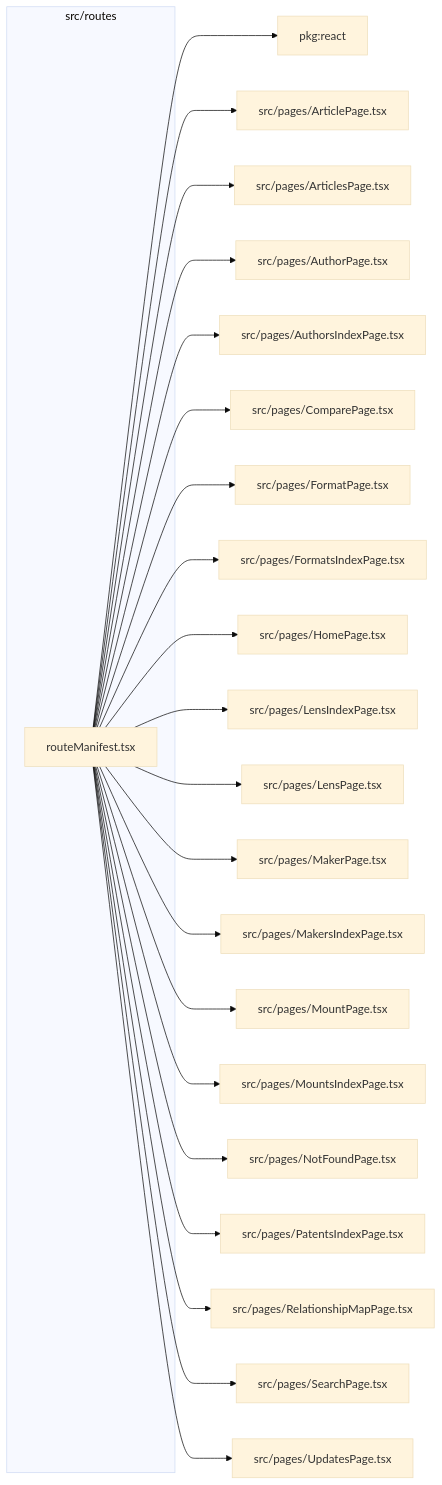
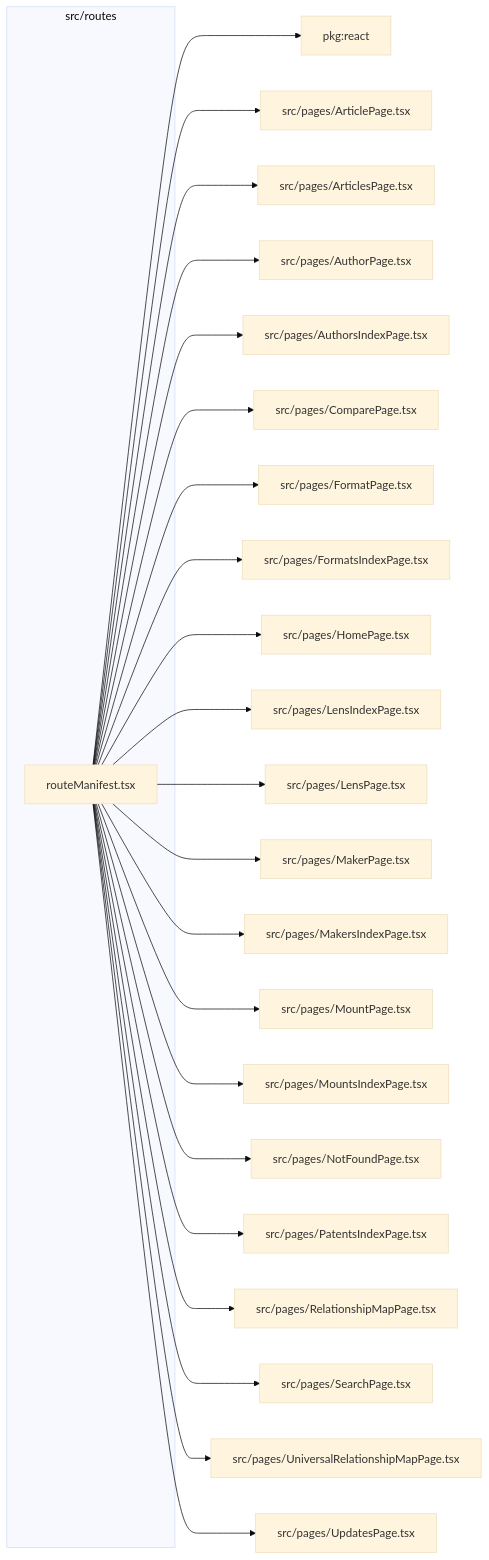
The diagram in src/routes/readme.md (ronbuening/LensVisualizer), drawn with Mermaid (base theme) before and after one commit. The commit also changed other lines of this file and 31 other files, not shown here.

Commit message:
Add universal patent relationship map

````diff
--- a/src/routes/readme.md
+++ b/src/routes/readme.md
@@ -9,46 +9,48 @@
 ```mermaid
 flowchart LR
   subgraph n_src_routes["src/routes"]
     n_src_routes_src_routes_routeManifest_tsx["routeManifest.tsx"]
   end
   n_external_pkg_react["pkg:react"]
   n_external_src_pages_ArticlePage_tsx["src/pages/ArticlePage.tsx"]
   n_external_src_pages_ArticlesPage_tsx["src/pages/ArticlesPage.tsx"]
   n_external_src_pages_AuthorPage_tsx["src/pages/AuthorPage.tsx"]
   n_external_src_pages_AuthorsIndexPage_tsx["src/pages/AuthorsIndexPage.tsx"]
   n_external_src_pages_ComparePage_tsx["src/pages/ComparePage.tsx"]
   n_external_src_pages_FormatPage_tsx["src/pages/FormatPage.tsx"]
   n_external_src_pages_FormatsIndexPage_tsx["src/pages/FormatsIndexPage.tsx"]
   n_external_src_pages_HomePage_tsx["src/pages/HomePage.tsx"]
   n_external_src_pages_LensIndexPage_tsx["src/pages/LensIndexPage.tsx"]
   n_external_src_pages_LensPage_tsx["src/pages/LensPage.tsx"]
   n_external_src_pages_MakerPage_tsx["src/pages/MakerPage.tsx"]
   n_external_src_pages_MakersIndexPage_tsx["src/pages/MakersIndexPage.tsx"]
   n_external_src_pages_MountPage_tsx["src/pages/MountPage.tsx"]
   n_external_src_pages_MountsIndexPage_tsx["src/pages/MountsIndexPage.tsx"]
   n_external_src_pages_NotFoundPage_tsx["src/pages/NotFoundPage.tsx"]
   n_external_src_pages_PatentsIndexPage_tsx["src/pages/PatentsIndexPage.tsx"]
   n_external_src_pages_RelationshipMapPage_tsx["src/pages/RelationshipMapPage.tsx"]
   n_external_src_pages_SearchPage_tsx["src/pages/SearchPage.tsx"]
+  n_external_src_pages_UniversalRelationshipMapPage_tsx["src/pages/UniversalRelationshipMapPage.tsx"]
   n_external_src_pages_UpdatesPage_tsx["src/pages/UpdatesPage.tsx"]
   n_src_routes_src_routes_routeManifest_tsx --> n_external_pkg_react
   n_src_routes_src_routes_routeManifest_tsx --> n_external_src_pages_ArticlePage_tsx
   n_src_routes_src_routes_routeManifest_tsx --> n_external_src_pages_ArticlesPage_tsx
   n_src_routes_src_routes_routeManifest_tsx --> n_external_src_pages_AuthorPage_tsx
   n_src_routes_src_routes_routeManifest_tsx --> n_external_src_pages_AuthorsIndexPage_tsx
   n_src_routes_src_routes_routeManifest_tsx --> n_external_src_pages_ComparePage_tsx
   n_src_routes_src_routes_routeManifest_tsx --> n_external_src_pages_FormatPage_tsx
   n_src_routes_src_routes_routeManifest_tsx --> n_external_src_pages_FormatsIndexPage_tsx
   n_src_routes_src_routes_routeManifest_tsx --> n_external_src_pages_HomePage_tsx
   n_src_routes_src_routes_routeManifest_tsx --> n_external_src_pages_LensIndexPage_tsx
   n_src_routes_src_routes_routeManifest_tsx --> n_external_src_pages_LensPage_tsx
   n_src_routes_src_routes_routeManifest_tsx --> n_external_src_pages_MakerPage_tsx
   n_src_routes_src_routes_routeManifest_tsx --> n_external_src_pages_MakersIndexPage_tsx
   n_src_routes_src_routes_routeManifest_tsx --> n_external_src_pages_MountPage_tsx
   n_src_routes_src_routes_routeManifest_tsx --> n_external_src_pages_MountsIndexPage_tsx
   n_src_routes_src_routes_routeManifest_tsx --> n_external_src_pages_NotFoundPage_tsx
   n_src_routes_src_routes_routeManifest_tsx --> n_external_src_pages_PatentsIndexPage_tsx
   n_src_routes_src_routes_routeManifest_tsx --> n_external_src_pages_RelationshipMapPage_tsx
   n_src_routes_src_routes_routeManifest_tsx --> n_external_src_pages_SearchPage_tsx
+  n_src_routes_src_routes_routeManifest_tsx --> n_external_src_pages_UniversalRelationshipMapPage_tsx
   n_src_routes_src_routes_routeManifest_tsx --> n_external_src_pages_UpdatesPage_tsx
 ```
````
